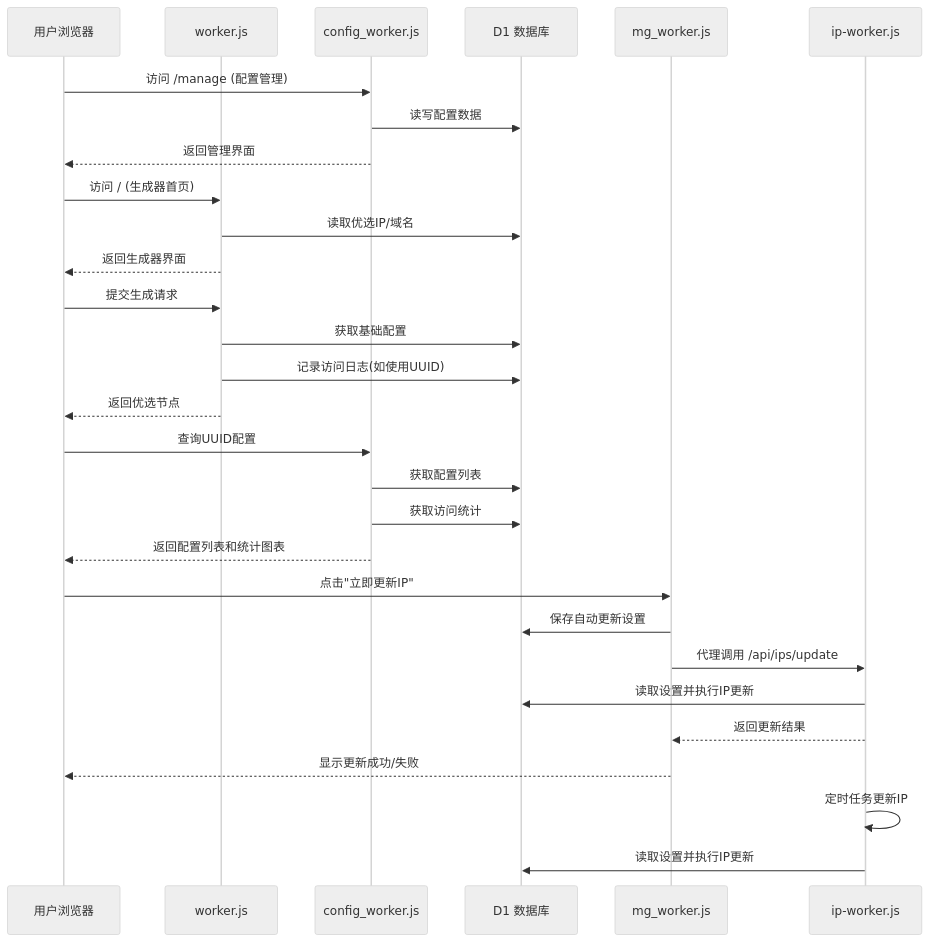
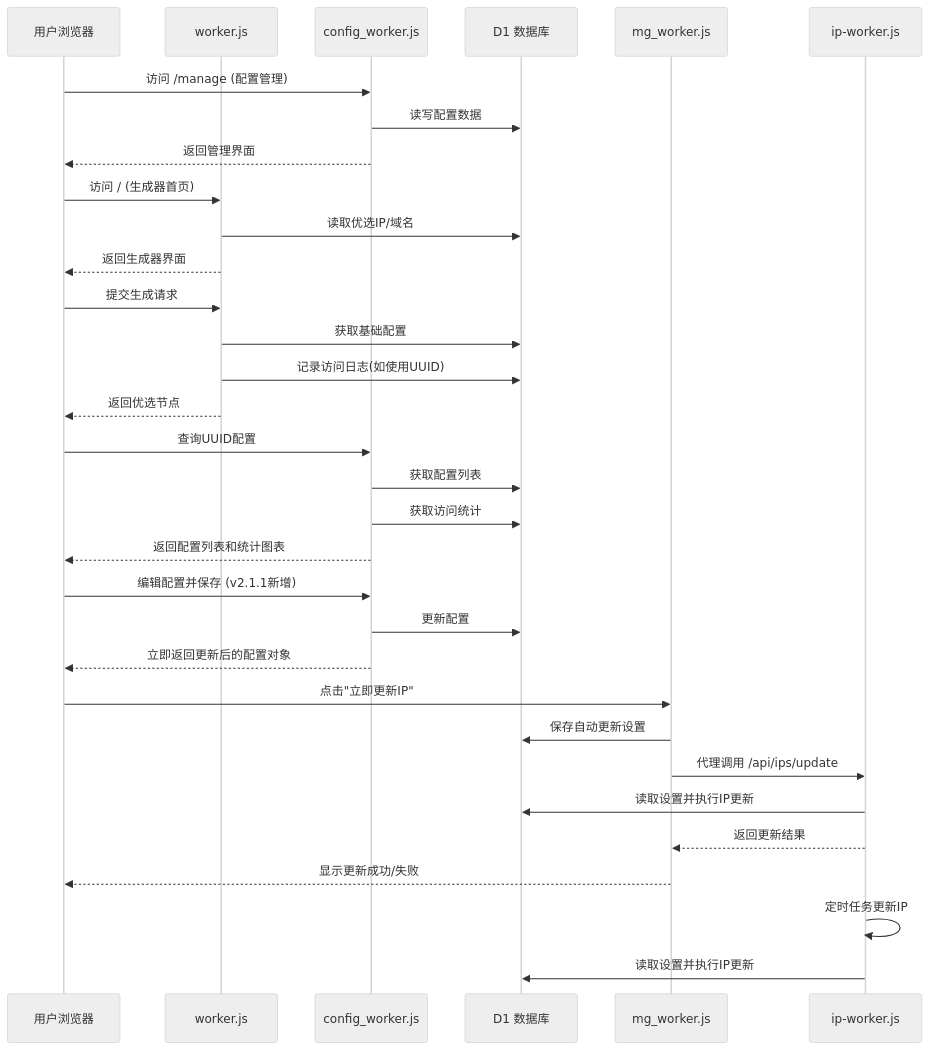
Before and after one commit to yangzifun/cfst: the diagram in readme.md, drawn with Mermaid (neutral theme). The commit also changed other lines of this file, not shown here.

````diff
--- a/readme.md
+++ b/readme.md
@@ -301,37 +311,41 @@
 ```mermaid
 sequenceDiagram
     participant User as 用户浏览器
     participant Main as worker.js
     participant Config as config_worker.js
     participant DB as D1 数据库
     participant Mg as mg_worker.js
     participant IP as ip-worker.js
 
     User->>Config: 访问 /manage (配置管理)
     Config->>DB: 读写配置数据
     Config-->>User: 返回管理界面
 
     User->>Main: 访问 / (生成器首页)
     Main->>DB: 读取优选IP/域名
     Main-->>User: 返回生成器界面
 
     User->>Main: 提交生成请求
     Main->>DB: 获取基础配置
     Main->>DB: 记录访问日志(如使用UUID)
     Main-->>User: 返回优选节点
 
     User->>Config: 查询UUID配置
     Config->>DB: 获取配置列表
     Config->>DB: 获取访问统计
     Config-->>User: 返回配置列表和统计图表
 
+    User->>Config: 编辑配置并保存 (v2.1.1新增)
+    Config->>DB: 更新配置
+    Config-->>User: 立即返回更新后的配置对象
+  
     User->>Mg: 点击"立即更新IP"
     Mg->>DB: 保存自动更新设置
     Mg->>IP: 代理调用 /api/ips/update
     IP->>DB: 读取设置并执行IP更新
     IP-->>Mg: 返回更新结果
     Mg-->>User: 显示更新成功/失败
 
     IP->>IP: 定时任务更新IP
     IP->>DB: 读取设置并执行IP更新
 ```
````
